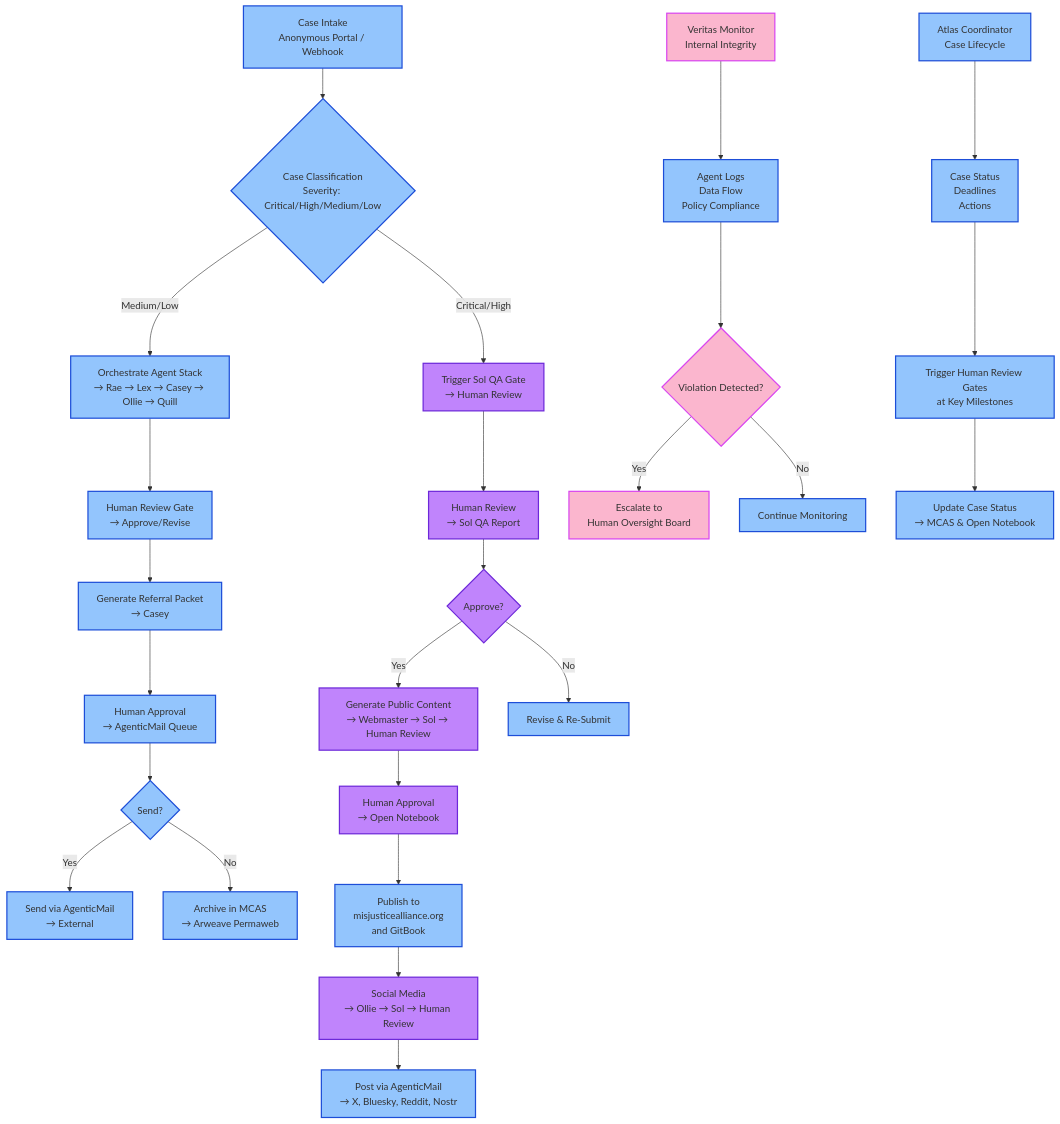
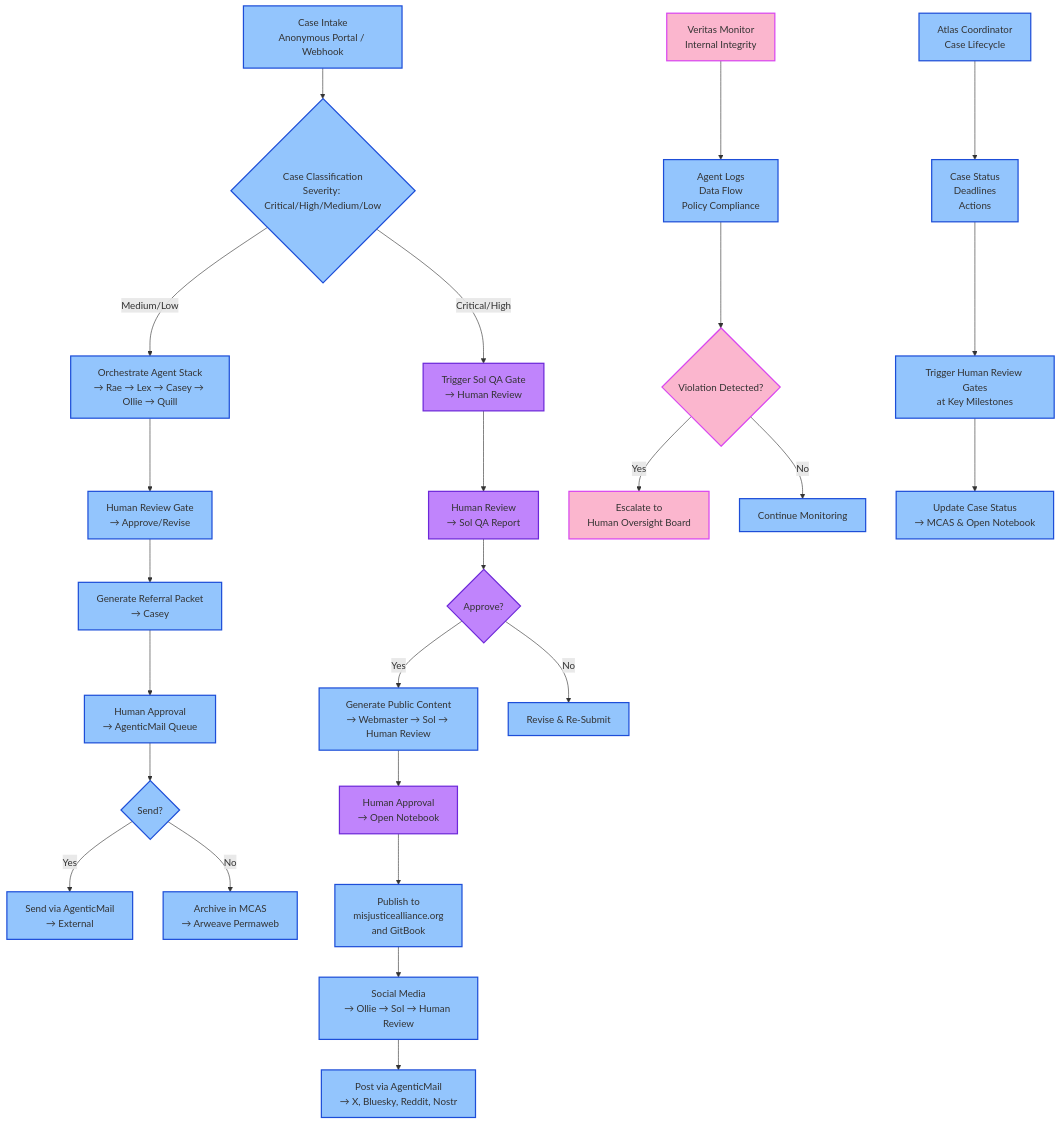
Before and after one commit to MISJustice-Alliance/misjustice-alliance-firm: the diagram in agents/README.md, drawn with Mermaid. The commit also changed other lines of this file, not shown here.

````diff
--- a/agents/README.md
+++ b/agents/README.md
@@ -739,43 +850,39 @@
 ```mermaid
 graph TD
     A[Case Intake<br>Anonymous Portal / Webhook] --> B{Case Classification<br>Severity: Critical/High/Medium/Low}
     B -->|Critical/High| C[Trigger Sol QA Gate<br>→ Human Review]
     B -->|Medium/Low| D[Orchestrate Agent Stack<br>→ Rae → Lex → Casey → Ollie → Quill]
     D --> E[Human Review Gate<br>→ Approve/Revise]
     E --> F[Generate Referral Packet<br>→ Casey]
     F --> G[Human Approval<br>→ AgenticMail Queue]
     G --> H{Send?}
     H -->|Yes| I[Send via AgenticMail<br>→ External]
     H -->|No| J[Archive in MCAS<br>→ Arweave Permaweb]
-    
+
     C --> K[Human Review<br>→ Sol QA Report]
     K --> L{Approve?}
     L -->|Yes| M[Generate Public Content<br>→ Webmaster → Sol → Human Review]
     L -->|No| N[Revise & Re-Submit]
-    
+
     M --> O[Human Approval<br>→ Open Notebook]
     O --> P[Publish to <br>misjusticealliance.org<br>and GitBook]
     P --> Q[Social Media<br>→ Ollie → Sol → Human Review]
     Q --> R[Post via AgenticMail<br>→ X, Bluesky, Reddit, Nostr]
-    
+
     S[Veritas Monitor<br>Internal Integrity] --> T[Agent Logs<br>Data Flow<br>Policy Compliance]
     T --> U{Violation Detected?}
     U -->|Yes| V[Escalate to<br>Human Oversight Board]
     U -->|No| W[Continue Monitoring]
-    
+
     X[Atlas Coordinator<br>Case Lifecycle] --> Y[Case Status<br>Deadlines<br>Actions]
     Y --> Z[Trigger Human Review Gates<br>at Key Milestones]
     Z --> AA[Update Case Status<br>→ MCAS & Open Notebook]
-    
-    classDef critical fill:#f87171,stroke:#dc2626,stroke-width:2px;
-    classDef high fill:#fbbf24,stroke:#ca8a04,stroke-width:2px;
-    classDef medium fill:#facc15,stroke:#b45309,stroke-width:2px;
-    classDef low fill:#a7f3d0,stroke:#16a34a,stroke-width:2px;
+
     classDef human fill:#c084fc,stroke:#6d28d9,stroke-width:2px;
     classDef system fill:#93c5fd,stroke:#1d4ed8,stroke-width:2px;
     classDef audit fill:#fbb6ce,stroke:#d946ef,stroke-width:2px;
-    
-    class A,B,C,D,E,F,G,H,I,J,K,L,M,N,O,P,Q,R,S,T,U,V,W,X,Y,Z,AA system
-    class C,K,M,Q,L,O human
+
+    class A,B,D,E,F,G,H,I,J,K,M,N,O,P,Q,R,S,T,W,X,Y,Z,AA system
+    class C,K,L,O human
     class S,U,V audit
 ```
````
